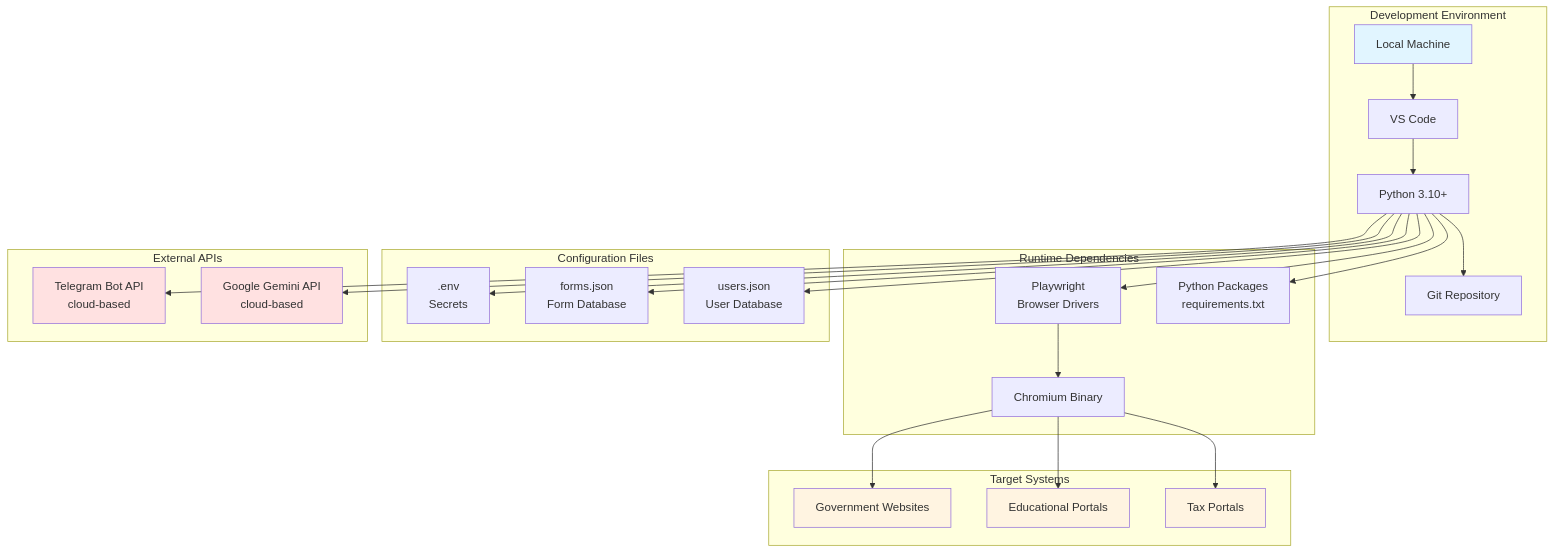
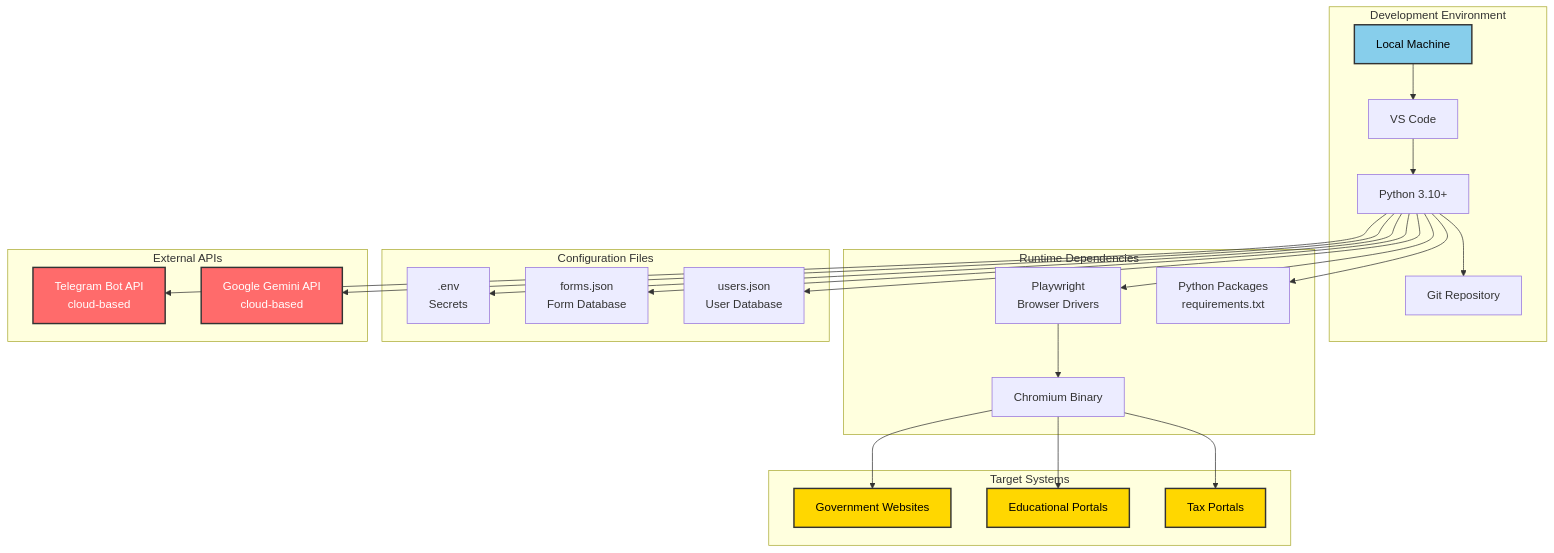
One commit to Buck-Beak/Form_Filler changed the ninth of 9 diagrams in ARCHITECTURE_DIAGRAM.md. Above: the diagram before and after it, drawn with Mermaid. The commit also changed other lines of this file, not shown here.

````diff
--- a/ARCHITECTURE_DIAGRAM.md
+++ b/ARCHITECTURE_DIAGRAM.md
@@ -511,58 +511,58 @@
 ```mermaid
 graph TB
     subgraph "Development Environment"
         A[Local Machine]
         B[VS Code]
         C[Python 3.10+]
         D[Git Repository]
     end
     
     subgraph "Runtime Dependencies"
         E[Playwright<br/>Browser Drivers]
         F[Chromium Binary]
         G[Python Packages<br/>requirements.txt]
     end
     
     subgraph "Configuration Files"
         H[.env<br/>Secrets]
         I[forms.json<br/>Form Database]
         J[users.json<br/>User Database]
     end
     
     subgraph "External APIs"
         K[Telegram Bot API<br/>cloud-based]
         L[Google Gemini API<br/>cloud-based]
     end
     
     subgraph "Target Systems"
         M[Government Websites]
         N[Educational Portals]
         O[Tax Portals]
     end
     
     A --> B
     B --> C
     C --> D
     
     C --> E
     E --> F
     C --> G
     
     C --> H
     C --> I
     C --> J
     
     C --> K
     C --> L
     
     F --> M
     F --> N
     F --> O
     
-    style A fill:#e1f5ff
-    style K fill:#ffe1e1
-    style L fill:#ffe1e1
-    style M fill:#fff4e1
-    style N fill:#fff4e1
-    style O fill:#fff4e1
+    style A fill:#87ceeb,stroke:#333,stroke-width:2px,color:#000
+    style K fill:#ff6b6b,stroke:#333,stroke-width:2px,color:#fff
+    style L fill:#ff6b6b,stroke:#333,stroke-width:2px,color:#fff
+    style M fill:#ffd700,stroke:#333,stroke-width:2px,color:#000
+    style N fill:#ffd700,stroke:#333,stroke-width:2px,color:#000
+    style O fill:#ffd700,stroke:#333,stroke-width:2px,color:#000
 ```
````
